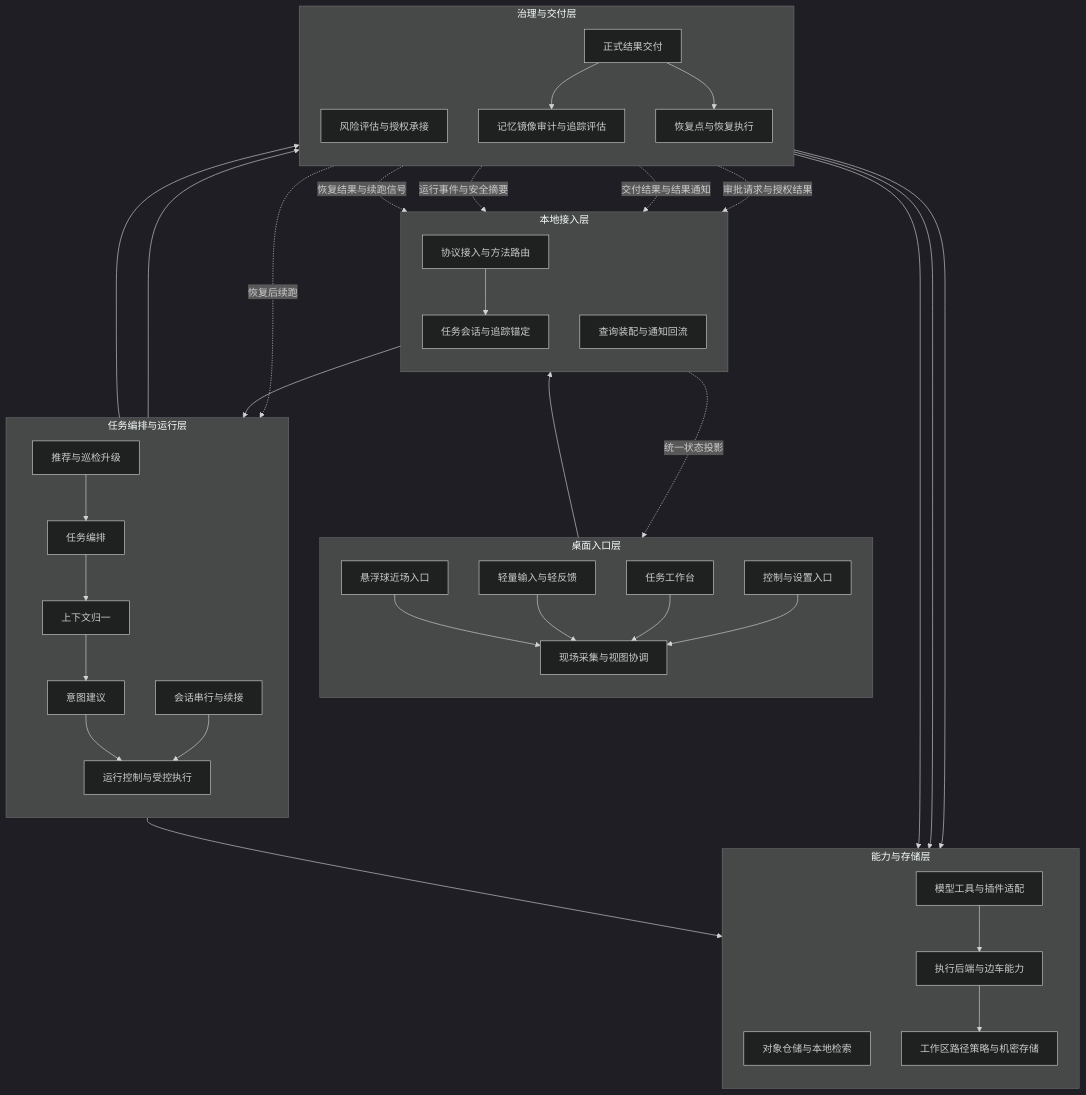
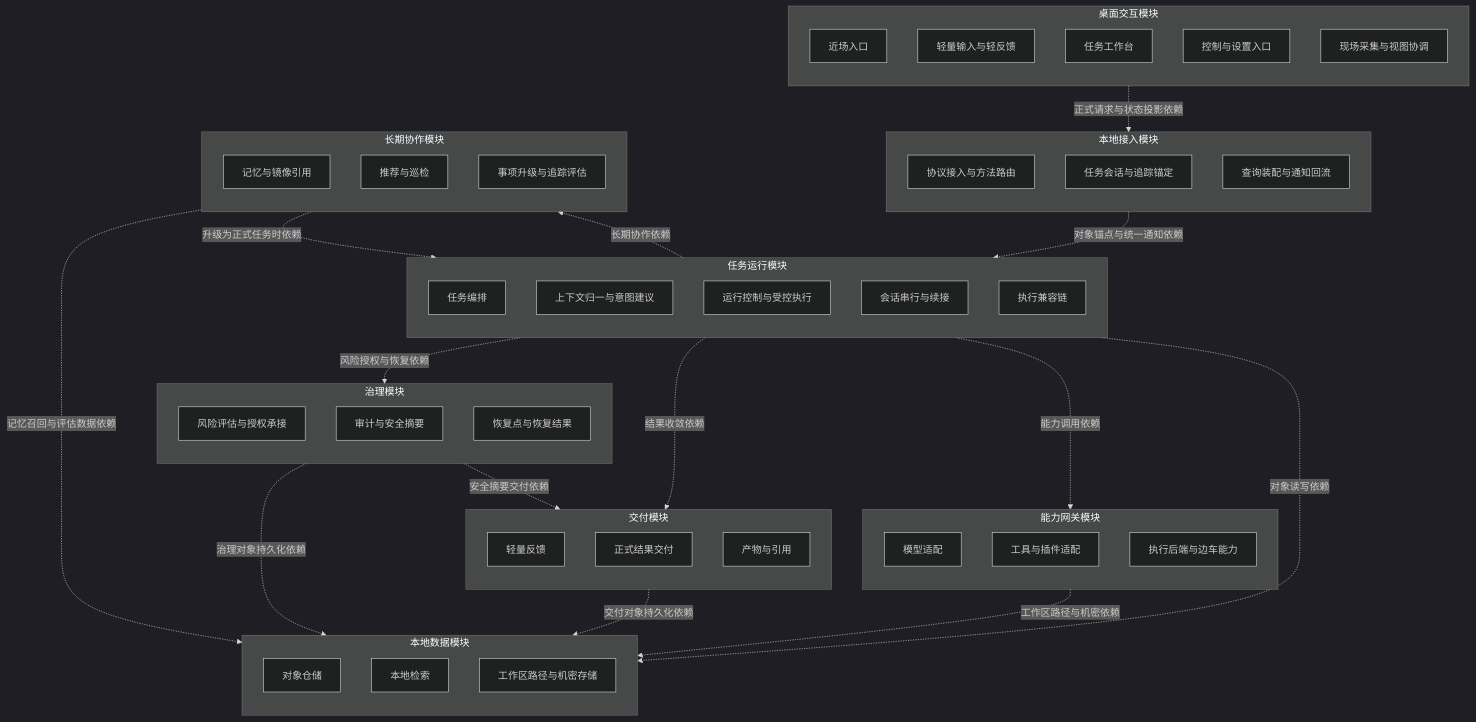
One commit to 1024XEngineer/CialloClaw changed the first of 7 diagrams in docs/architecture-overview.md. Above: the diagram before and after it, drawn with Mermaid (dark theme). The commit also changed other lines of this file, not shown here.

Commit message:
docs: update architecture overview module framing

````diff
--- a/docs/architecture-overview.md
+++ b/docs/architecture-overview.md
@@ -124,68 +132,78 @@
 ```mermaid
 flowchart TB
-    subgraph L1[桌面入口层]
+    subgraph Desktop[桌面交互模块]
         direction TB
-        E1[悬浮球近场入口]
-        E2[轻量输入与轻反馈]
-        E3[任务工作台]
-        E4[控制与设置入口]
-        E5[现场采集与视图协调]
+        D1[近场入口]
+        D2[轻量输入与轻反馈]
+        D3[任务工作台]
+        D4[控制与设置入口]
+        D5[现场采集与视图协调]
     end
 
-    subgraph L2[本地接入层]
+    subgraph Access[本地接入模块]
         direction TB
         A1[协议接入与方法路由]
         A2[任务会话与追踪锚定]
         A3[查询装配与通知回流]
     end
 
-    subgraph L3[任务编排与运行层]
+    subgraph TaskRuntime[任务运行模块]
         direction TB
         T1[任务编排]
-        T2[上下文归一]
-        T3[意图建议]
-        T4[运行控制与受控执行]
-        T5[会话串行与续接]
-        T6[推荐与巡检升级]
+        T2[上下文归一与意图建议]
+        T3[运行控制与受控执行]
+        T4[会话串行与续接]
+        T5[执行兼容链]
     end
 
-    subgraph L4[治理与交付层]
+    subgraph Governance[治理模块]
         direction TB
         G1[风险评估与授权承接]
-        G2[正式结果交付]
-        G3[记忆镜像审计与追踪评估]
-        G4[恢复点与恢复执行]
+        G2[审计与安全摘要]
+        G3[恢复点与恢复结果]
     end
 
-    subgraph L5[能力与存储层]
+    subgraph Delivery[交付模块]
         direction TB
-        C1[对象仓储与本地检索]
-        C2[模型工具与插件适配]
-        C3[执行后端与边车能力]
-        C4[工作区路径策略与机密存储]
+        R1[轻量反馈]
+        R2[正式结果交付]
+        R3[产物与引用]
     end
 
-    E1 --> E5
-    E2 --> E5
-    E3 --> E5
-    E4 --> E5
-    E5 --> A1 --> A2 --> T1
-    T1 --> T2 --> T3 --> T4
-    T5 --> T4
-    T6 --> T1
-    T4 --> G1
-    T4 --> G2
-    T4 --> C2 --> C3 --> C4
-    G2 --> G3
-    G2 --> G4
-    G2 --> C1
-    G3 --> C1
-    G4 --> C1
+    subgraph Capability[能力网关模块]
+        direction TB
+        C1[模型适配]
+        C2[工具与插件适配]
+        C3[执行后端与边车能力]
+    end
 
-    G1 -.->|审批请求与授权结果| A3
-    G2 -.->|交付结果与结果通知| A3
-    G3 -.->|运行事件与安全摘要| A3
-    G4 -.->|恢复结果与续跑信号| A3
-    A3 -.->|统一状态投影| E5
-    G4 -.->|恢复后续跑| T4
+    subgraph Data[本地数据模块]
+        direction TB
+        S1[对象仓储]
+        S2[本地检索]
+        S3[工作区路径与机密存储]
+    end
+
+    subgraph Collaboration[长期协作模块]
+        direction TB
+        L1[记忆与镜像引用]
+        L2[推荐与巡检]
+        L3[事项升级与追踪评估]
+    end
+
+    Desktop -.->|正式请求与状态投影依赖| Access
+    Access -.->|对象锚点与统一通知依赖| TaskRuntime
+
+    TaskRuntime -.->|风险授权与恢复依赖| Governance
+    TaskRuntime -.->|结果收敛依赖| Delivery
+    TaskRuntime -.->|能力调用依赖| Capability
+    TaskRuntime -.->|对象读写依赖| Data
+    TaskRuntime -.->|长期协作依赖| Collaboration
+
+    Governance -.->|治理对象持久化依赖| Data
+    Governance -.->|安全摘要交付依赖| Delivery
+    Delivery -.->|交付对象持久化依赖| Data
+    Capability -.->|工作区路径与机密依赖| Data
+    Collaboration -.->|记忆召回与评估数据依赖| Data
+    Collaboration -.->|升级为正式任务时依赖| TaskRuntime
 ```
````
